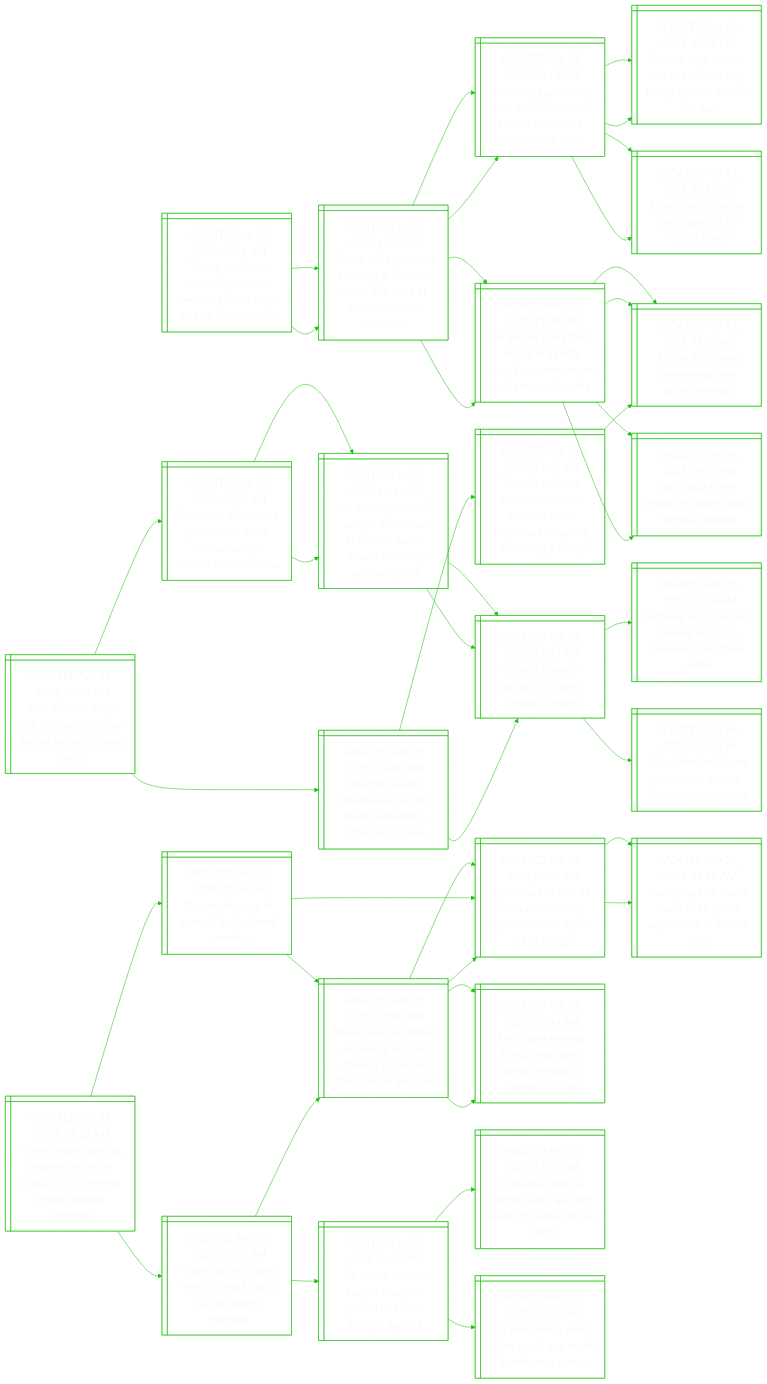
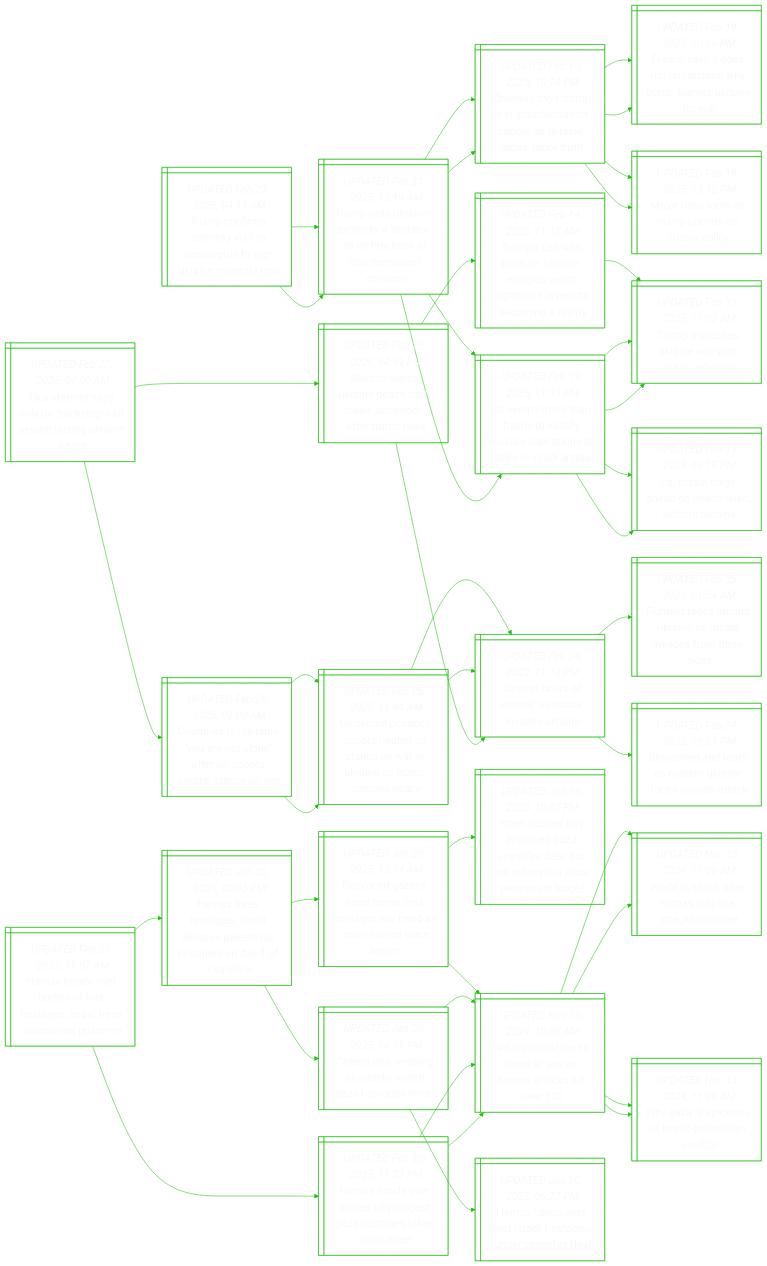
The diagram in README.md (notJmes/notJmes), drawn with Mermaid before and after one commit. The commit also changed other lines of this file, not shown here.

````diff
--- a/README.md
+++ b/README.md
@@ -15,6 +15,43 @@
 %%{init: {'theme':'base', 'themeVariables': {'primaryColor': "transparent", 'primaryTextColor': "#F9F9F9", 'lineColor': "#20C20E", 'primaryBorderColor':'#20C20E'}}}%%
 flowchart LR
 classDef txtsize font-size:20px;
+
+Uasnbtnrtkee@{ shape: win-pane, label: "_UPDATED Feb 27, 2025, 07:00 AM_
+Uk's starmer says only us 'backstop' can secure lasting ukraine peace" }
+CreryelfNttto@{ shape: win-pane, label: "_UPDATED Feb 26, 2025, 09:00 AM_
+Countries tell ukraine ‘you are not alone’ after un adopts neutral stance on war" }
+UuCipuUnwUnruse@{ shape: win-pane, label: "_UPDATED Feb 25, 2025, 11:44 AM_
+Un security council adopts neutral us stance on war in ukraine as trump pursues peace" }
+DsruasvUn@{ shape: win-pane, label: "_UPDATED Feb 24, 2022, 11:13 PM_
+'darkest hours of europe' as russia invades ukraine" }
+UuCipuUnwUnruse@{ shape: win-pane, label: "_UPDATED Feb 25, 2025, 11:44 AM_
+Un security council adopts neutral us stance on war in ukraine as trump pursues peace" }
+DsruasvUn@{ shape: win-pane, label: "_UPDATED Feb 24, 2022, 11:13 PM_
+'darkest hours of europe' as russia invades ukraine" }
+MnsianneaTt@{ shape: win-pane, label: "_UPDATED Feb 25, 2025, 04:49 PM_
+Macron warns ukraine peace can’t mean ‘surrender’, after trump talks" }
+DsruasvUn@{ shape: win-pane, label: "_UPDATED Feb 24, 2022, 11:13 PM_
+'darkest hours of europe' as russia invades ukraine" }
+Bsnranicsak@{ shape: win-pane, label: "_UPDATED Feb 24, 2022, 09:21 PM_
+Bloodshed and tears as eastern ukraine faces russian attack" }
+Figokesnsts@{ shape: win-pane, label: "_UPDATED Feb 25, 2022, 01:54 AM_
+Fighting rages around ukraine as russia invades from three sides" }
+Tswunirwnmsdcgl@{ shape: win-pane, label: "_UPDATED Feb 14, 2025, 11:13 AM_
+Trump’s call with putin on ukraine: europe’s worst nightmare is rapidly becoming a reality" }
+Tdskeitly@{ shape: win-pane, label: "_UPDATED Feb 13, 2025, 11:02 AM_
+Trump discusses ukraine war with putin, zelensky" }
+
+Uasnbtnrtkee:::txtsize --> CreryelfNttto:::txtsize
+CreryelfNttto:::txtsize --> UuCipuUnwUnruse:::txtsize
+UuCipuUnwUnruse:::txtsize --> DsruasvUn:::txtsize
+CreryelfNttto:::txtsize --> UuCipuUnwUnruse:::txtsize
+UuCipuUnwUnruse:::txtsize --> DsruasvUn:::txtsize
+Uasnbtnrtkee:::txtsize --> MnsianneaTt:::txtsize
+MnsianneaTt:::txtsize --> DsruasvUn:::txtsize
+DsruasvUn:::txtsize --> Bsnranicsak:::txtsize
+DsruasvUn:::txtsize --> Figokesnsts:::txtsize
+MnsianneaTt:::txtsize --> Tswunirwnmsdcgl:::txtsize
+Tswunirwnmsdcgl:::txtsize --> Tdskeitly:::txtsize
 
 Tcrlytstskere@{ shape: win-pane, label: "_UPDATED Feb 27, 2025, 04:11 AM_
 Trump confirms zelensky visit to washington to sign ukraine minerals deal" }
@@ -62,87 +99,50 @@
 Zsymnnaberumr:::txtsize --> Mrlspdupy:::txtsize
 Zsymnnaberumr:::txtsize --> Feisnthmmrfr:::txtsize
 
-Uasnbtnrtkee@{ shape: win-pane, label: "_UPDATED Feb 27, 2025, 07:00 AM_
-Uk's starmer says only us 'backstop' can secure lasting ukraine peace" }
-CreryelfNttto@{ shape: win-pane, label: "_UPDATED Feb 26, 2025, 09:00 AM_
-Countries tell ukraine ‘you are not alone’ after un adopts neutral stance on war" }
-UuCipuUnwUnruse@{ shape: win-pane, label: "_UPDATED Feb 25, 2025, 11:44 AM_
-Un security council adopts neutral us stance on war in ukraine as trump pursues peace" }
-DsruasvUn@{ shape: win-pane, label: "_UPDATED Feb 24, 2022, 11:13 PM_
-'darkest hours of europe' as russia invades ukraine" }
-UuCipuUnwUnruse@{ shape: win-pane, label: "_UPDATED Feb 25, 2025, 11:44 AM_
-Un security council adopts neutral us stance on war in ukraine as trump pursues peace" }
-DsruasvUn@{ shape: win-pane, label: "_UPDATED Feb 24, 2022, 11:13 PM_
-'darkest hours of europe' as russia invades ukraine" }
-MnsianneaTt@{ shape: win-pane, label: "_UPDATED Feb 25, 2025, 04:49 PM_
-Macron warns ukraine peace can’t mean ‘surrender’, after trump talks" }
-DsruasvUn@{ shape: win-pane, label: "_UPDATED Feb 24, 2022, 11:13 PM_
-'darkest hours of europe' as russia invades ukraine" }
-Bsnranicsak@{ shape: win-pane, label: "_UPDATED Feb 24, 2022, 09:21 PM_
-Bloodshed and tears as eastern ukraine faces russian attack" }
-Figokesnsts@{ shape: win-pane, label: "_UPDATED Feb 25, 2022, 01:54 AM_
-Fighting rages around ukraine as russia invades from three sides" }
-Tswunirwnmsdcgl@{ shape: win-pane, label: "_UPDATED Feb 14, 2025, 11:13 AM_
-Trump’s call with putin on ukraine: europe’s worst nightmare is rapidly becoming a reality" }
-Tdskeitly@{ shape: win-pane, label: "_UPDATED Feb 13, 2025, 11:02 AM_
-Trump discusses ukraine war with putin, zelensky" }
+HhooorasfPtno@{ shape: win-pane, label: "_UPDATED Feb 27, 2025, 11:07 AM_
+Hamas hands over bodies of four hostages, israel frees palestinian prisoners" }
+Hfhgreeeiiraei@{ shape: win-pane, label: "_UPDATED Jan 20, 2025, 02:03 PM_
+Hamas frees hostages, israel releases palestinian prisoners on day 1 of ceasefire" }
+Daahorssrseaci@{ shape: win-pane, label: "_UPDATED Jan 20, 2025, 12:34 AM_
+Displaced gazans head home, first hostages are freed as israel-hamas truce begins" }
+Ilnsoaarlithomte@{ shape: win-pane, label: "_UPDATED Jan 18, 2025, 10:07 PM_
+Israel cabinet has approved gaza ceasefire deal, but will netanyahu allow permanent truce?" }
+NyeeawHakl@{ shape: win-pane, label: "_UPDATED Nov 13, 2024, 10:58 AM_
+Netanyahu declares israel at war as hamas attacks kill over 100" }
+Csegrshhgt@{ shape: win-pane, label: "_UPDATED Jan 20, 2025, 04:31 PM_
+Cheers and weeping as israelis watch gaza hostages return" }
+NyeeawHakl@{ shape: win-pane, label: "_UPDATED Nov 13, 2024, 10:58 AM_
+Netanyahu declares israel at war as hamas attacks kill over 100" }
+Hhoisianeia@{ shape: win-pane, label: "_UPDATED Jan 20, 2025, 06:27 PM_
+Hamas hands over first israeli hostages under ceasefire deal" }
+HhooonGoeeme@{ shape: win-pane, label: "_UPDATED Feb 20, 2025, 11:23 PM_
+Hamas hands over bodies of youngest gaza hostages taken from israel" }
+NyeeawHakl@{ shape: win-pane, label: "_UPDATED Nov 13, 2024, 10:58 AM_
+Netanyahu declares israel at war as hamas attacks kill over 100" }
+WzptIleint@{ shape: win-pane, label: "_UPDATED Nov 13, 2024, 11:00 AM_
+Why gaza is epicentre of israeli-palestinian conflict" }
+Wiceapaks@{ shape: win-pane, label: "_UPDATED Nov 13, 2024, 11:00 AM_
+World in shock after hamas surprise attacks on israel" }
+NyeeawHakl@{ shape: win-pane, label: "_UPDATED Nov 13, 2024, 10:58 AM_
+Netanyahu declares israel at war as hamas attacks kill over 100" }
+WzptIleint@{ shape: win-pane, label: "_UPDATED Nov 13, 2024, 11:00 AM_
+Why gaza is epicentre of israeli-palestinian conflict" }
+Wiceapaks@{ shape: win-pane, label: "_UPDATED Nov 13, 2024, 11:00 AM_
+World in shock after hamas surprise attacks on israel" }
 
-Uasnbtnrtkee:::txtsize --> CreryelfNttto:::txtsize
-CreryelfNttto:::txtsize --> UuCipuUnwUnruse:::txtsize
-UuCipuUnwUnruse:::txtsize --> DsruasvUn:::txtsize
-CreryelfNttto:::txtsize --> UuCipuUnwUnruse:::txtsize
-UuCipuUnwUnruse:::txtsize --> DsruasvUn:::txtsize
-Uasnbtnrtkee:::txtsize --> MnsianneaTt:::txtsize
-MnsianneaTt:::txtsize --> DsruasvUn:::txtsize
-DsruasvUn:::txtsize --> Bsnranicsak:::txtsize
-DsruasvUn:::txtsize --> Figokesnsts:::txtsize
-MnsianneaTt:::txtsize --> Tswunirwnmsdcgl:::txtsize
-Tswunirwnmsdcgl:::txtsize --> Tdskeitly:::txtsize
-
-WHbPedraciubmn@{ shape: win-pane, label: "_UPDATED Feb 27, 2025, 04:30 AM_
-White house bars ap, reuters and other media from covering trump cabinet meeting" }
-EuaTstne@{ shape: win-pane, label: "_UPDATED Feb 27, 2025, 03:59 AM_
-Elon musk stars at trump’s first cabinet meeting" }
-MiSrrannddrof@{ shape: win-pane, label: "_UPDATED Feb 26, 2025, 08:58 AM_
-Musk gives us federal workers a ‘second chance’ to defend their jobs or get fired" }
-EudSrrtowyrg@{ shape: win-pane, label: "_UPDATED Feb 23, 2025, 07:36 PM_
-Elon musk orders us federal workers to report on work by feb 24 or resign" }
-Eunittrgifais@{ shape: win-pane, label: "_UPDATED Feb 25, 2025, 12:44 PM_
-Elon musk renews firing threat after being stymied by federal officials" }
-EudSrrtowyrg@{ shape: win-pane, label: "_UPDATED Feb 23, 2025, 07:36 PM_
-Elon musk orders us federal workers to report on work by feb 24 or resign" }
-Tsestogifas@{ shape: win-pane, label: "_UPDATED Feb 22, 2025, 11:20 PM_
-Trump says he wants musk to be ‘more aggressive’ in federal cuts" }
-Tsestogifas@{ shape: win-pane, label: "_UPDATED Feb 22, 2025, 11:20 PM_
-Trump says he wants musk to be ‘more aggressive’ in federal cuts" }
-Toslfksaieg@{ shape: win-pane, label: "_UPDATED Feb 27, 2025, 08:55 AM_
-Trump orders more layoffs, musk touts cuts at cabinet meeting" }
-Ussdliaovug@{ shape: win-pane, label: "_UPDATED Feb 26, 2025, 01:30 PM_
-Us house passes budget blueprint geared to deliver trump’s agenda" }
-EihTdatgche@{ shape: win-pane, label: "_UPDATED Feb 12, 2025, 11:22 AM_
-Explainer: what is trump doing, and not doing, to tackle the us debt?" }
-UmsCcusnnu@{ shape: win-pane, label: "_UPDATED Feb 26, 2025, 10:57 AM_
-Us lawmakers warn china could use musk to influence trump" }
-MiSrrannddrof@{ shape: win-pane, label: "_UPDATED Feb 26, 2025, 08:58 AM_
-Musk gives us federal workers a ‘second chance’ to defend their jobs or get fired" }
-EudSrrtowyrg@{ shape: win-pane, label: "_UPDATED Feb 23, 2025, 07:36 PM_
-Elon musk orders us federal workers to report on work by feb 24 or resign" }
-Eunittrgifais@{ shape: win-pane, label: "_UPDATED Feb 25, 2025, 12:44 PM_
-Elon musk renews firing threat after being stymied by federal officials" }
-
-WHbPedraciubmn:::txtsize --> EuaTstne:::txtsize
-EuaTstne:::txtsize --> MiSrrannddrof:::txtsize
-MiSrrannddrof:::txtsize --> EudSrrtowyrg:::txtsize
-MiSrrannddrof:::txtsize --> Eunittrgifais:::txtsize
-EuaTstne:::txtsize --> EudSrrtowyrg:::txtsize
-EudSrrtowyrg:::txtsize --> Tsestogifas:::txtsize
-EudSrrtowyrg:::txtsize --> Tsestogifas:::txtsize
-WHbPedraciubmn:::txtsize --> Toslfksaieg:::txtsize
-Toslfksaieg:::txtsize --> Ussdliaovug:::txtsize
-Ussdliaovug:::txtsize --> EihTdatgche:::txtsize
-Ussdliaovug:::txtsize --> UmsCcusnnu:::txtsize
-Toslfksaieg:::txtsize --> MiSrrannddrof:::txtsize
-MiSrrannddrof:::txtsize --> EudSrrtowyrg:::txtsize
-MiSrrannddrof:::txtsize --> Eunittrgifais:::txtsize
+HhooorasfPtno:::txtsize --> Hfhgreeeiiraei:::txtsize
+Hfhgreeeiiraei:::txtsize --> Daahorssrseaci:::txtsize
+Daahorssrseaci:::txtsize --> Ilnsoaarlithomte:::txtsize
+Daahorssrseaci:::txtsize --> NyeeawHakl:::txtsize
+Hfhgreeeiiraei:::txtsize --> Csegrshhgt:::txtsize
+Csegrshhgt:::txtsize --> NyeeawHakl:::txtsize
+Csegrshhgt:::txtsize --> Hhoisianeia:::txtsize
+HhooorasfPtno:::txtsize --> HhooonGoeeme:::txtsize
+HhooonGoeeme:::txtsize --> NyeeawHakl:::txtsize
+NyeeawHakl:::txtsize --> WzptIleint:::txtsize
+NyeeawHakl:::txtsize --> Wiceapaks:::txtsize
+HhooonGoeeme:::txtsize --> NyeeawHakl:::txtsize
+NyeeawHakl:::txtsize --> WzptIleint:::txtsize
+NyeeawHakl:::txtsize --> Wiceapaks:::txtsize
 
 ```
````
